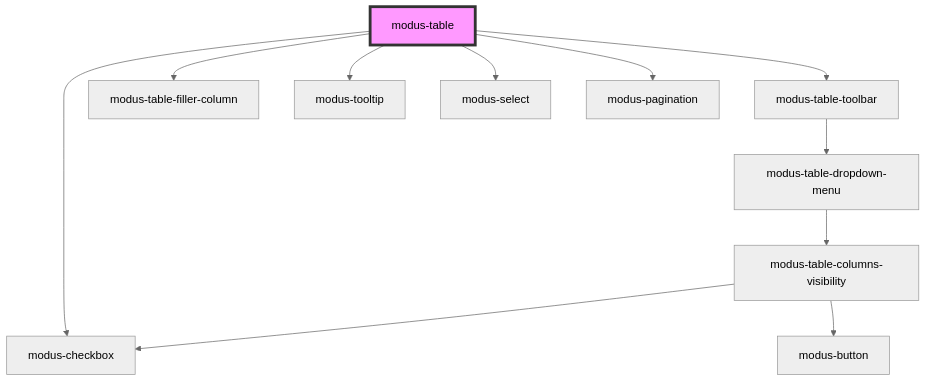
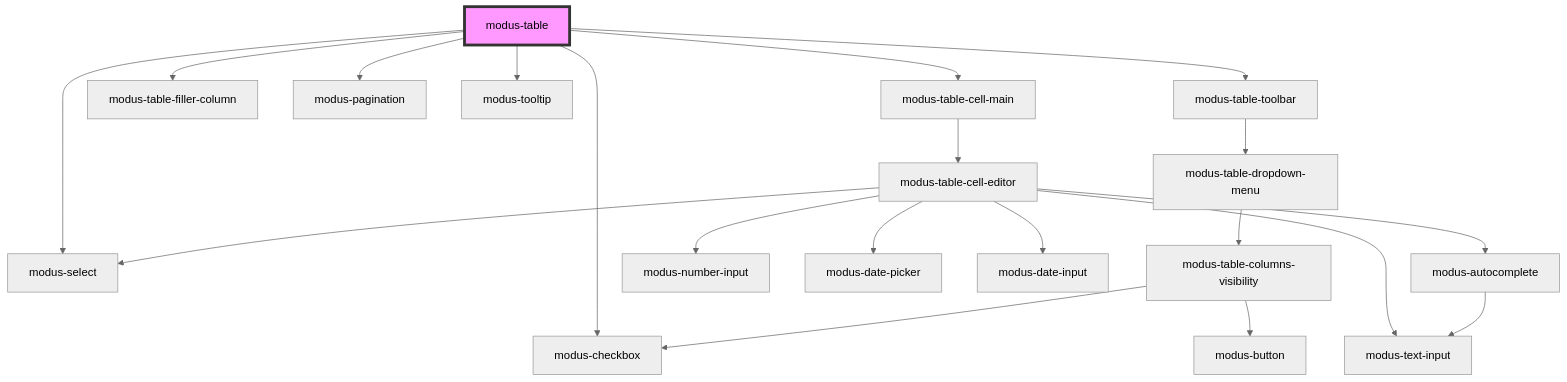
One commit to trimble-oss/modus-web-components changed the diagram in stencil-workspace/src/components/modus-table/readme.md. Above: the diagram before and after it, drawn with Mermaid (neutral theme). The commit also changed other lines of this file and 71 other files, not shown here.

````diff
--- a/stencil-workspace/src/components/modus-table/readme.md
+++ b/stencil-workspace/src/components/modus-table/readme.md
@@ -86,14 +93,23 @@
 ```mermaid
 graph TD;
   modus-table --> modus-table-toolbar
   modus-table --> modus-table-filler-column
-  modus-table --> modus-checkbox
-  modus-table --> modus-tooltip
   modus-table --> modus-select
   modus-table --> modus-pagination
+  modus-table --> modus-tooltip
+  modus-table --> modus-checkbox
+  modus-table --> modus-table-cell-main
   modus-table-toolbar --> modus-table-dropdown-menu
   modus-table-dropdown-menu --> modus-table-columns-visibility
   modus-table-columns-visibility --> modus-checkbox
   modus-table-columns-visibility --> modus-button
+  modus-table-cell-main --> modus-table-cell-editor
+  modus-table-cell-editor --> modus-number-input
+  modus-table-cell-editor --> modus-text-input
+  modus-table-cell-editor --> modus-select
+  modus-table-cell-editor --> modus-date-picker
+  modus-table-cell-editor --> modus-date-input
+  modus-table-cell-editor --> modus-autocomplete
+  modus-autocomplete --> modus-text-input
   style modus-table fill:#f9f,stroke:#333,stroke-width:4px
 ```
````
